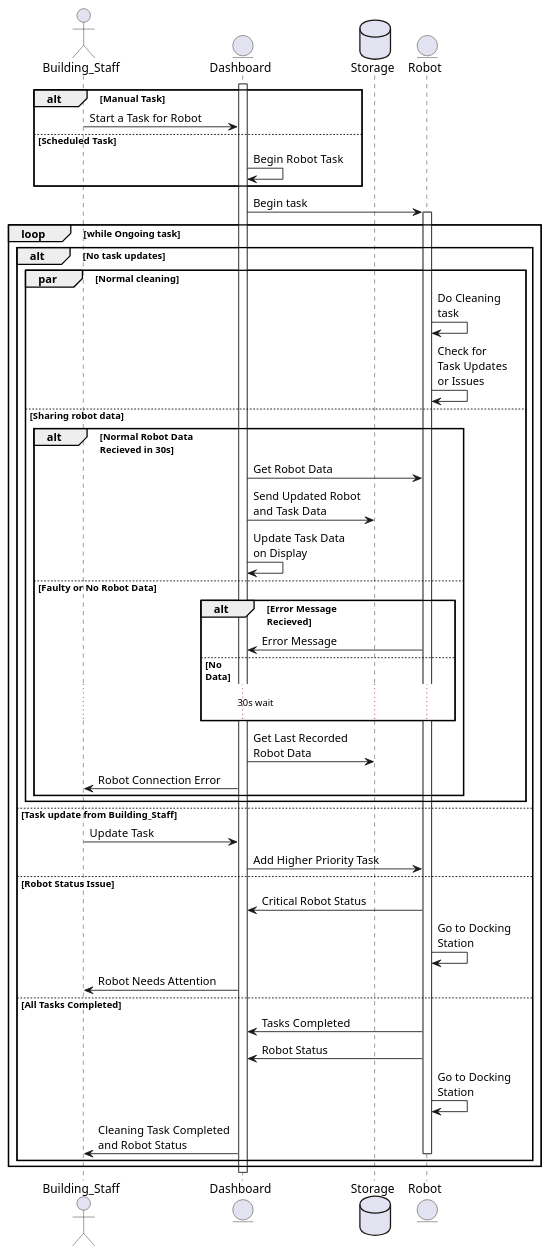
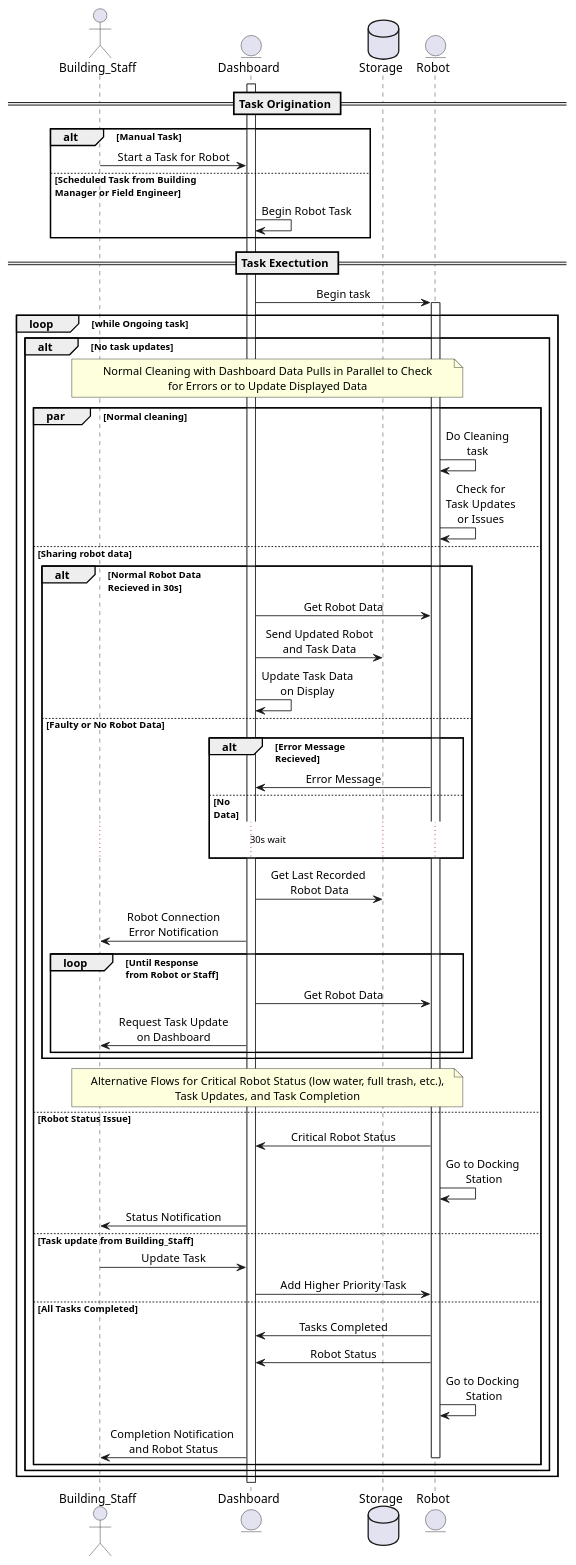
Before and after one commit to ur-swe-fa24/main-project-snoopy-corp: the diagram in docs/design/modeling_diagrams/sequence_diagrams/cleaning_task.puml, drawn with PlantUML.

Commit message:
Readability Updates

```diff
--- a/docs/design/modeling_diagrams/sequence_diagrams/cleaning_task.puml
+++ b/docs/design/modeling_diagrams/sequence_diagrams/cleaning_task.puml
@@ -1,57 +1,67 @@
 @startuml Robot_Cleaning_Task
-
+skinparam sequenceMessageAlign center
+skinparam NoteTextAlignment center
 actor Building_Staff
 entity Dashboard
 database Storage
 entity Robot
 activate Dashboard
+== Task Origination ==
 alt Manual Task
     Building_Staff -> Dashboard: Start a Task for Robot
-else Scheduled Task
+else Scheduled Task from Building \nManager or Field Engineer
     Dashboard -> Dashboard: Begin Robot Task
 end
+
+== Task Exectution ==
 Dashboard -> Robot: Begin task
 activate Robot
 loop while Ongoing task
 'If-else for task updates
 alt No task updates
     'Normal cleaning procedure on parallel
+    note across: Normal Cleaning with Dashboard Data Pulls in Parallel to Check\nfor Errors or to Update Displayed Data
     par Normal cleaning
         Robot -> Robot: Do Cleaning\ntask
         Robot -> Robot: Check for\nTask Updates\nor Issues
     else Sharing robot data
     alt Normal Robot Data\nRecieved in 30s
         Dashboard -> Robot: Get Robot Data
         Dashboard -> Storage: Send Updated Robot\nand Task Data
         Dashboard -> Dashboard: Update Task Data\non Display
     else Faulty or No Robot Data
         alt Error Message \nRecieved
         Robot -> Dashboard: Error Message
         else No \nData
         ... 30s wait ...
         end
         Dashboard -> Storage: Get Last Recorded \nRobot Data
-        Dashboard -> Building_Staff: Robot Connection Error
+        Dashboard -> Building_Staff: Robot Connection\nError Notification
+        loop Until Response \nfrom Robot or Staff
+            Dashboard -> Robot: Get Robot Data
+            Dashboard -> Building_Staff: Request Task Update\non Dashboard
+
     end 
     end
+note across: Alternative Flows for Critical Robot Status (low water, full trash, etc.),\nTask Updates, and Task Completion
+else Robot Status Issue
+    Robot -> Dashboard: Critical Robot Status
+    Robot -> Robot: Go to Docking \nStation
+    Dashboard -> Building_Staff: Status Notification
 
 else Task update from Building_Staff
-Building_Staff -> Dashboard: Update Task
-Dashboard -> Robot: Add Higher Priority Task
-
-else Robot Status Issue
-Robot -> Dashboard: Critical Robot Status
-Robot -> Robot: Go to Docking \nStation
-Dashboard -> Building_Staff: Robot Needs Attention
+    Building_Staff -> Dashboard: Update Task
+    Dashboard -> Robot: Add Higher Priority Task
 
 else All Tasks Completed
-Robot -> Dashboard: Tasks Completed
-Robot -> Dashboard: Robot Status
-Robot -> Robot: Go to Docking \nStation
-Dashboard -> Building_Staff: Cleaning Task Completed \nand Robot Status
+    Robot -> Dashboard: Tasks Completed
+    Robot -> Dashboard: Robot Status
+    Robot -> Robot: Go to Docking \nStation
+    Dashboard -> Building_Staff: Completion Notification \nand Robot Status
 deactivate Robot
+end
 end
 end
 deactivate Robot
 deactivate Dashboard
 @enduml
```
